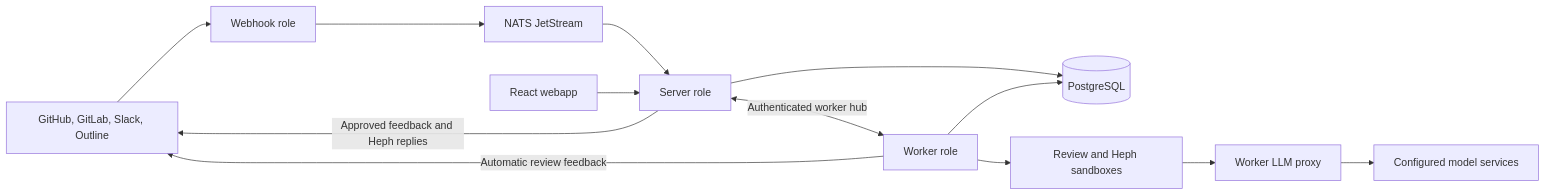
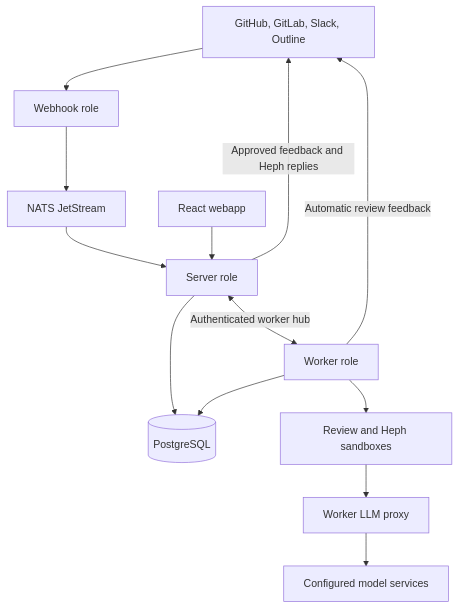
Before and after one commit to hephaestus-build/Hephaestus: the first of 2 diagrams in docs/contributor/system-design.mdx, drawn with Mermaid.

Commit message:
docs(docs): keep the runtime diagram readable at page width

````diff
--- a/docs/contributor/system-design.mdx
+++ b/docs/contributor/system-design.mdx
@@ -10,17 +10,17 @@
 ```mermaid
-flowchart LR
+flowchart TB
     accTitle: Hephaestus runtime topology
     accDescr: The webapp calls the server. The webhook role verifies provider events and publishes them to NATS. The server consumes events and admits jobs to PostgreSQL. Connected workers execute reviews and Heph in sandboxes.
     Providers[GitHub, GitLab, Slack, Outline] --> Webhook[Webhook role]
     Webhook --> NATS[NATS JetStream]
     NATS --> Server[Server role]
     SPA[React webapp] --> Server
     Server --> DB[(PostgreSQL)]
     Worker[Worker role] --> DB
     Server <-->|Authenticated worker hub| Worker
     Worker --> Sandbox[Review and Heph sandboxes]
     Sandbox --> Proxy[Worker LLM proxy]
     Proxy --> Models[Configured model services]
     Worker -->|Automatic review feedback| Providers
     Server -->|Approved feedback and Heph replies| Providers
 ```
````
